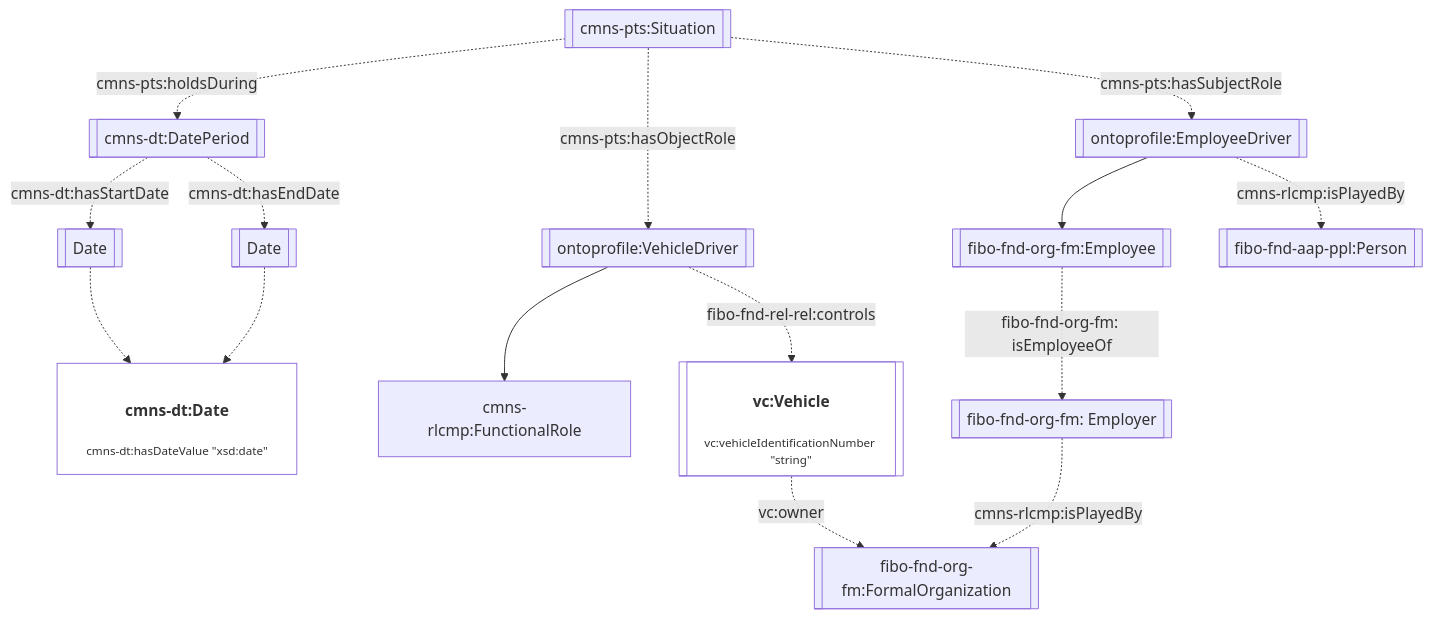
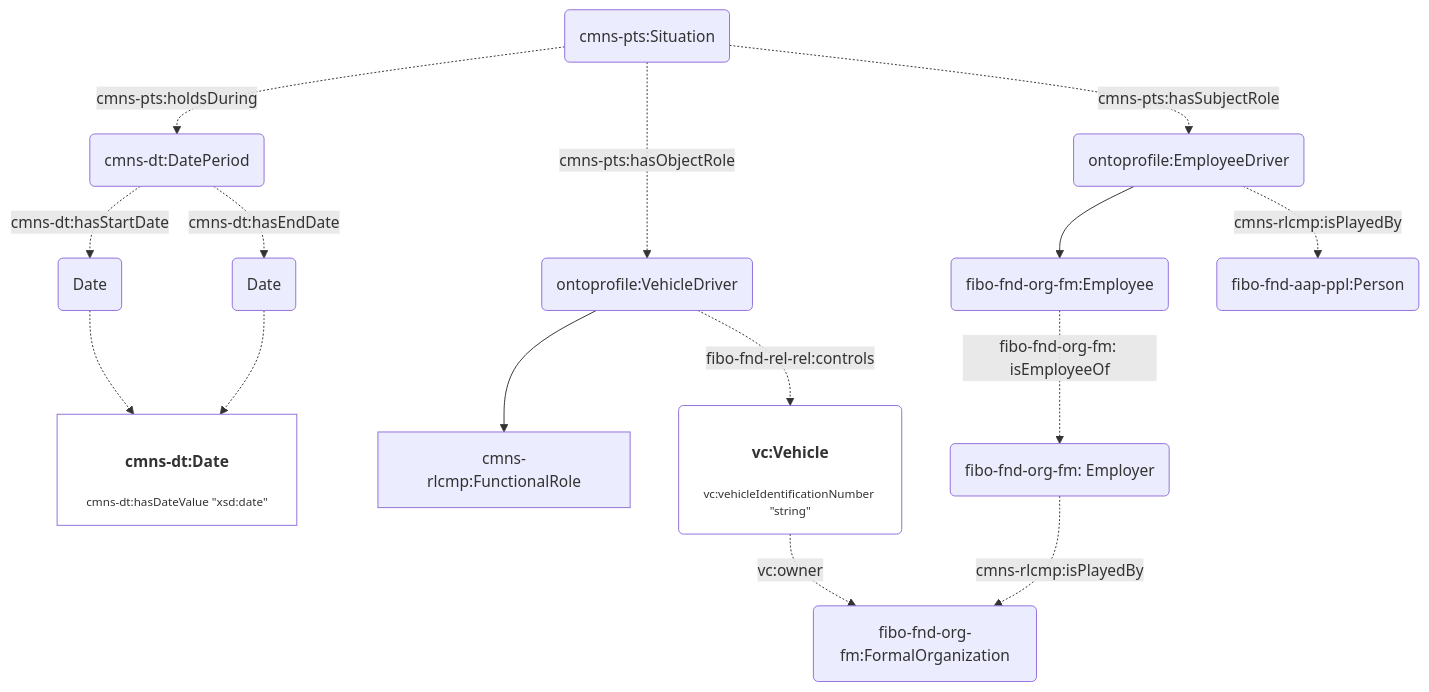
One commit to cambridge-cares/TheWorldAvatar changed the sixth of 7 diagrams in JPS_Ontology/ontology/ontoprofile/README.MD. Above: the diagram before and after it, drawn with Mermaid. The commit also changed other lines of this file, not shown here.

Commit message:
dev-service-execution-ontology-extension: modify flowchart shape

````diff
--- a/JPS_Ontology/ontology/ontoprofile/README.MD
+++ b/JPS_Ontology/ontology/ontoprofile/README.MD
@@ -191,22 +191,22 @@
 ```mermaid
 flowchart TD
     %% Styling
     classDef literal fill:none
 
     %% Contents
-    Situation[[cmns-pts:Situation]] -. cmns-pts:hasSubjectRole .-> Driver[[ontoprofile:EmployeeDriver]]
-    Situation -. cmns-pts:hasObjectRole .-> VDriver[[ontoprofile:VehicleDriver]]
-    Situation -. cmns-pts:holdsDuring .-> DatePeriod[[cmns-dt:DatePeriod]]
-    DatePeriod -. cmns-dt:hasStartDate .-> StartDate[[Date]]
-    DatePeriod -. cmns-dt:hasEndDate .-> EndDate[[Date]]
+    Situation(cmns-pts:Situation) -. cmns-pts:hasSubjectRole .-> Driver(ontoprofile:EmployeeDriver)
+    Situation -. cmns-pts:hasObjectRole .-> VDriver(ontoprofile:VehicleDriver)
+    Situation -. cmns-pts:holdsDuring .-> DatePeriod(cmns-dt:DatePeriod)
+    DatePeriod -. cmns-dt:hasStartDate .-> StartDate(Date)
+    DatePeriod -. cmns-dt:hasEndDate .-> EndDate(Date)
     StartDate -.-> Date["<h4>cmns-dt:Date</h4><p style='font-size:0.75rem;'>cmns-dt:hasDateValue &quot;xsd:date&quot;</p>"]:::literal
     EndDate -.-> Date
 
-    Driver --> Employee[[fibo-fnd-org-fm:Employee]]
-    Driver -. cmns-rlcmp:isPlayedBy .-> Person[[fibo-fnd-aap-ppl:Person]]
+    Driver --> Employee(fibo-fnd-org-fm:Employee)
+    Driver -. cmns-rlcmp:isPlayedBy .-> Person(fibo-fnd-aap-ppl:Person)
     VDriver --> cmns-rlcmp:FunctionalRole
-    VDriver -. fibo-fnd-rel-rel:controls .-> Vehicle[["<h4>vc:Vehicle</h4><p style='font-size:0.75rem;'>vc:vehicleIdentificationNumber &quot;string&quot;</p>"]]:::literal
-    Vehicle -. vc:owner .-> Org[[fibo-fnd-org-fm:FormalOrganization]]
+    VDriver -. fibo-fnd-rel-rel:controls .-> Vehicle("<h4>vc:Vehicle</h4><p style='font-size:0.75rem;'>vc:vehicleIdentificationNumber &quot;string&quot;</p>"):::literal
+    Vehicle -. vc:owner .-> Org(fibo-fnd-org-fm:FormalOrganization)
     Employee -. fibo-fnd-org-fm: isEmployeeOf .-> Employer
-    Employer[[fibo-fnd-org-fm: Employer]] -. cmns-rlcmp:isPlayedBy .-> Org
+    Employer(fibo-fnd-org-fm: Employer) -. cmns-rlcmp:isPlayedBy .-> Org
 ```
````
